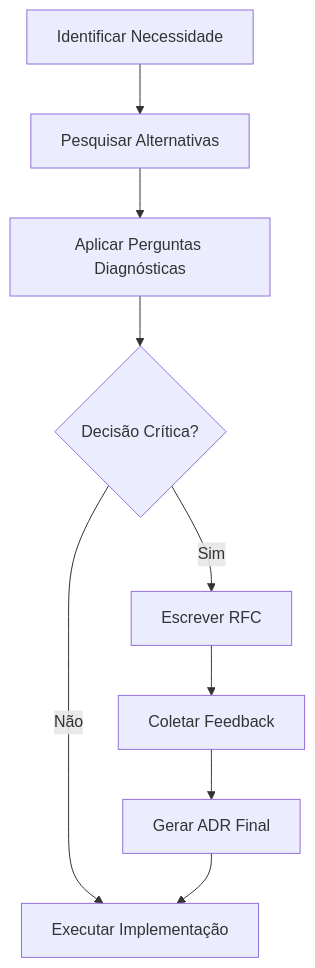
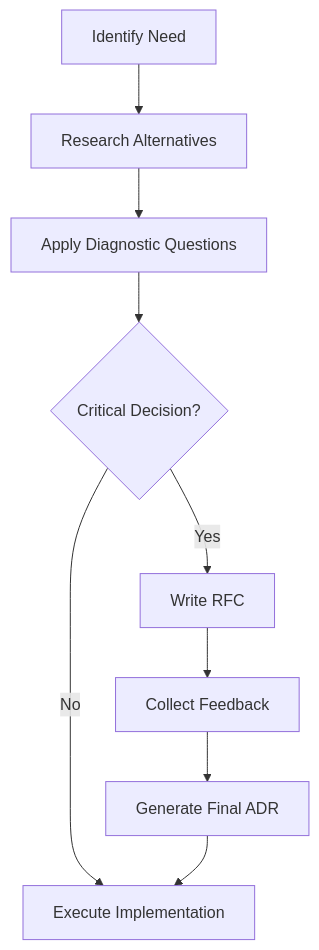
One commit to KlebersonCollab/skills changed the diagram in onboarding-navigator/references/decision-making-framework.md. Above: the diagram before and after it, drawn with Mermaid. The commit also changed other lines of this file and 242 other files, not shown here.

````diff
--- a/onboarding-navigator/references/decision-making-framework.md
+++ b/onboarding-navigator/references/decision-making-framework.md
@@ -24,11 +24,11 @@
 ```mermaid
 graph TD
-    A[Identificar Necessidade] --> B[Pesquisar Alternativas]
-    B --> C[Aplicar Perguntas Diagnósticas]
-    C --> D{Decisão Crítica?}
-    D -- Sim --> E[Escrever RFC]
-    D -- Não --> F[Executar Implementação]
-    E --> G[Coletar Feedback]
-    G --> H[Gerar ADR Final]
+    A[Identify Need] --> B[Research Alternatives]
+    B --> C[Apply Diagnostic Questions]
+    C --> D{Critical Decision?}
+    D -- Yes --> E[Write RFC]
+    D -- No --> F[Execute Implementation]
+    E --> G[Collect Feedback]
+    G --> H[Generate Final ADR]
     H --> F
 ```
````
